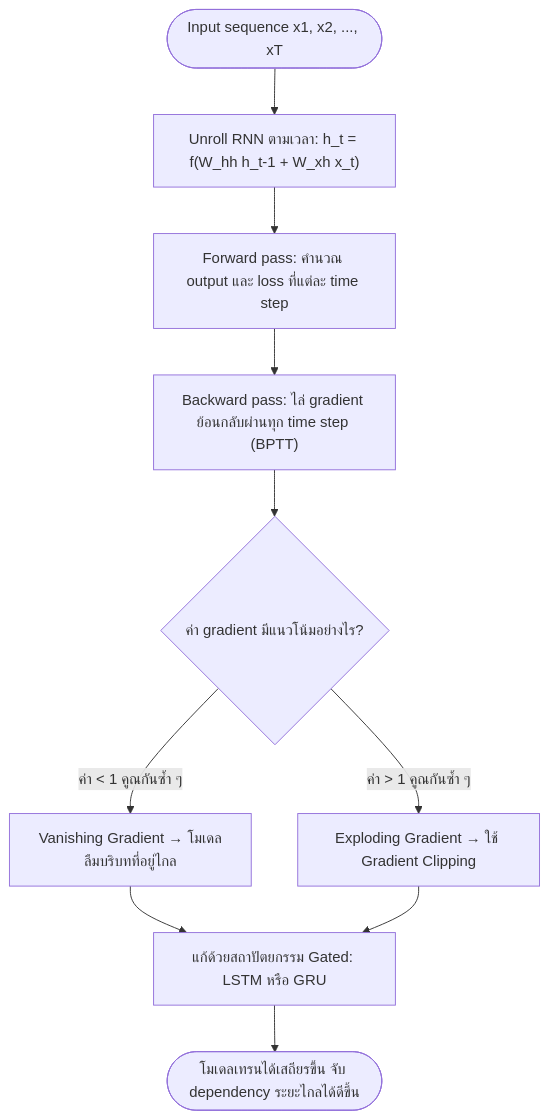
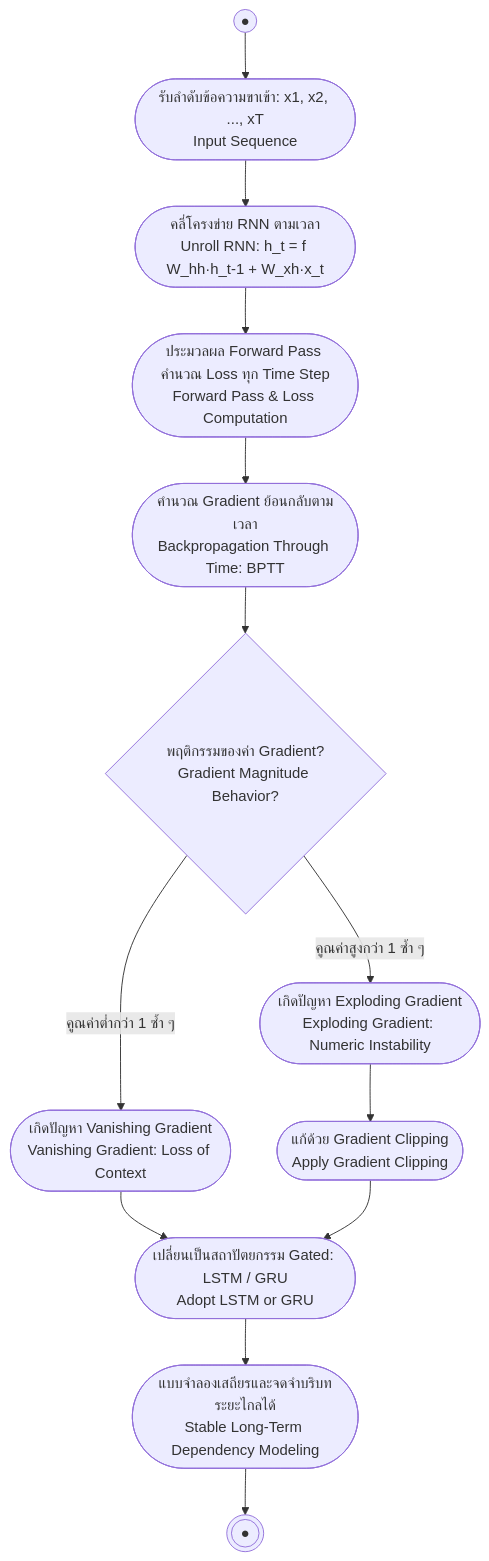
One commit to PhuriphatTyPeZ3r0/Course-1323404-Natural-Language-Processing-2026 changed the diagram in 01_Lectures/Week5/RNN.md. Above: the diagram before and after it, drawn with Mermaid. The commit also changed 14 other files, not shown here.

Commit message:
refactor: standardize diagrams to UML specifications across notes and templates

````diff
--- a/01_Lectures/Week5/RNN.md
+++ b/01_Lectures/Week5/RNN.md
@@ -98,12 +98,15 @@
 ```mermaid
 flowchart TD
-    Start(["Input sequence x1, x2, ..., xT"]) --> Unroll["Unroll RNN ตามเวลา: h_t = f(W_hh h_t-1 + W_xh x_t)"]
-    Unroll --> Forward["Forward pass: คำนวณ output และ loss ที่แต่ละ time step"]
-    Forward --> Backward["Backward pass: ไล่ gradient ย้อนกลับผ่านทุก time step (BPTT)"]
-    Backward --> Check{"ค่า gradient มีแนวโน้มอย่างไร?"}
-    Check -->|"ค่า < 1 คูณกันซ้ำ ๆ"| Vanish["Vanishing Gradient → โมเดลลืมบริบทที่อยู่ไกล"]
-    Check -->|"ค่า > 1 คูณกันซ้ำ ๆ"| Explode["Exploding Gradient → ใช้ Gradient Clipping"]
-    Vanish --> Fix["แก้ด้วยสถาปัตยกรรม Gated: LSTM หรือ GRU"]
-    Explode --> Fix
-    Fix --> Done(["โมเดลเทรนได้เสถียรขึ้น จับ dependency ระยะไกลได้ดีขึ้น"])
+    Start((●)) --> InSeq([รับลำดับข้อความขาเข้า: x1, x2, ..., xT<br>Input Sequence])
+    InSeq --> Unroll([คลี่โครงข่าย RNN ตามเวลา<br>Unroll RNN: h_t = f W_hh·h_t-1 + W_xh·x_t])
+    Unroll --> Forward([ประมวลผล Forward Pass คำนวณ Loss ทุก Time Step<br>Forward Pass & Loss Computation])
+    Forward --> Backward([คำนวณ Gradient ย้อนกลับตามเวลา<br>Backpropagation Through Time: BPTT])
+    Backward --> Check{พฤติกรรมของค่า Gradient?<br>Gradient Magnitude Behavior?}
+    Check -->|คูณค่าต่ำกว่า 1 ซ้ำ ๆ| Vanish([เกิดปัญหา Vanishing Gradient<br>Vanishing Gradient: Loss of Context])
+    Check -->|คูณค่าสูงกว่า 1 ซ้ำ ๆ| Explode([เกิดปัญหา Exploding Gradient<br>Exploding Gradient: Numeric Instability])
+    Vanish --> Fix([เปลี่ยนเป็นสถาปัตยกรรม Gated: LSTM / GRU<br>Adopt LSTM or GRU])
+    Explode --> Clip([แก้ด้วย Gradient Clipping<br>Apply Gradient Clipping])
+    Clip --> Fix
+    Fix --> Done([แบบจำลองเสถียรและจดจำบริบทระยะไกลได้<br>Stable Long-Term Dependency Modeling])
+    Done --> EndNode(((●)))
 ```
````
